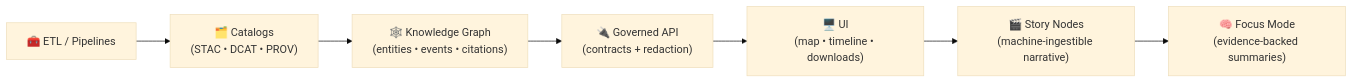
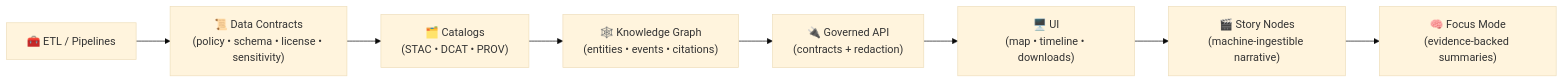
One commit to bartytime4life/Kansas-Frontier-Matrix changed the first of 5 diagrams in README.md. Above: the diagram before and after it, drawn with Mermaid (base theme). The commit also changed other lines of this file, not shown here.

````diff
--- a/README.md
+++ b/README.md
@@ -140,9 +161,10 @@
 ```mermaid
 flowchart LR
-  ETL["🧰 ETL / Pipelines"] --> CAT["🗂️ Catalogs<br/>(STAC • DCAT • PROV)"]
+  ETL["🧰 ETL / Pipelines"] --> CONTRACTS["📜 Data Contracts<br/>(policy • schema • license • sensitivity)"]
+  CONTRACTS --> CAT["🗂️ Catalogs<br/>(STAC • DCAT • PROV)"]
   CAT --> GRAPH["🕸️ Knowledge Graph<br/>(entities • events • citations)"]
   GRAPH --> API["🔌 Governed API<br/>(contracts + redaction)"]
   API --> UI["🖥️ UI<br/>(map • timeline • downloads)"]
   UI --> STORY["🎬 Story Nodes<br/>(machine-ingestible narrative)"]
   STORY --> FOCUS["🧠 Focus Mode<br/>(evidence-backed summaries)"]
 ```
````
